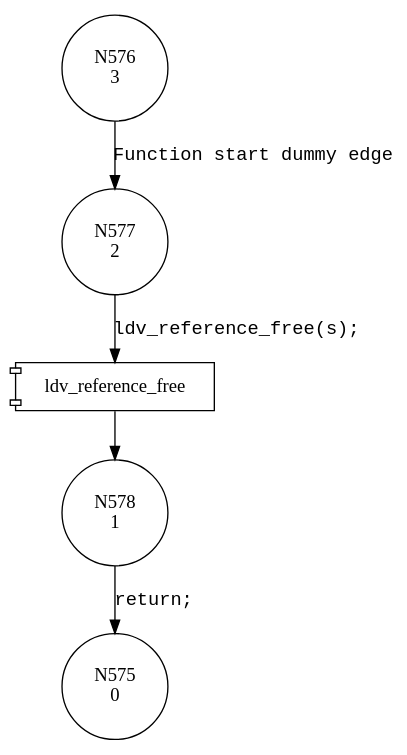
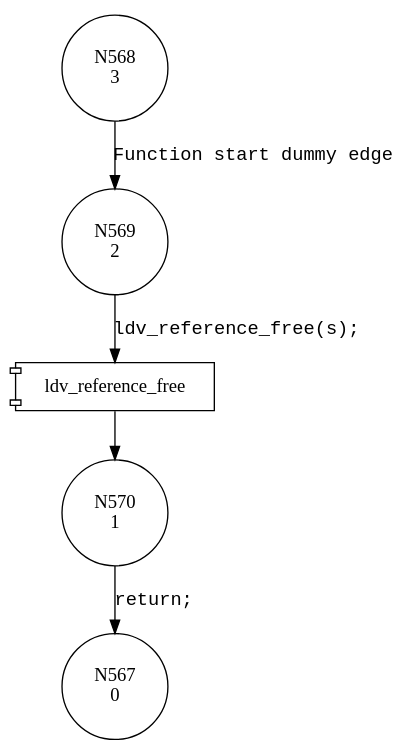
Before and after one commit to rifatbit0401/svcomp: the diagram in Juliet_Test_Copy_1/output/cfa/cfa__ldv_free.dot, drawn with Graphviz. The commit also changed 73 other files, not shown here.

```diff
--- a/Juliet_Test_Copy_1/output/cfa/cfa__ldv_free.dot
+++ b/Juliet_Test_Copy_1/output/cfa/cfa__ldv_free.dot
@@ -1,11 +1,11 @@
 digraph ldv_free {
-576 [shape="circle" label="N576\n3"]
-577 [shape="circle" label="N577\n2"]
-578 [shape="circle" label="N578\n1"]
-575 [shape="circle" label="N575\n0"]
-576 -> 577 [label="Function start dummy edge" fontname="Courier New"]
-100025 [shape="component" label="ldv_reference_free"]
-577 -> 100025 [label="ldv_reference_free(s);" fontname="Courier New"]
-100025 -> 578 [label="" fontname="Courier New"]
-578 -> 575 [label="return;" fontname="Courier New"]
+568 [shape="circle" label="N568\n3"]
+569 [shape="circle" label="N569\n2"]
+570 [shape="circle" label="N570\n1"]
+567 [shape="circle" label="N567\n0"]
+568 -> 569 [label="Function start dummy edge" fontname="Courier New"]
+100018 [shape="component" label="ldv_reference_free"]
+569 -> 100018 [label="ldv_reference_free(s);" fontname="Courier New"]
+100018 -> 570 [label="" fontname="Courier New"]
+570 -> 567 [label="return;" fontname="Courier New"]
 }
```
